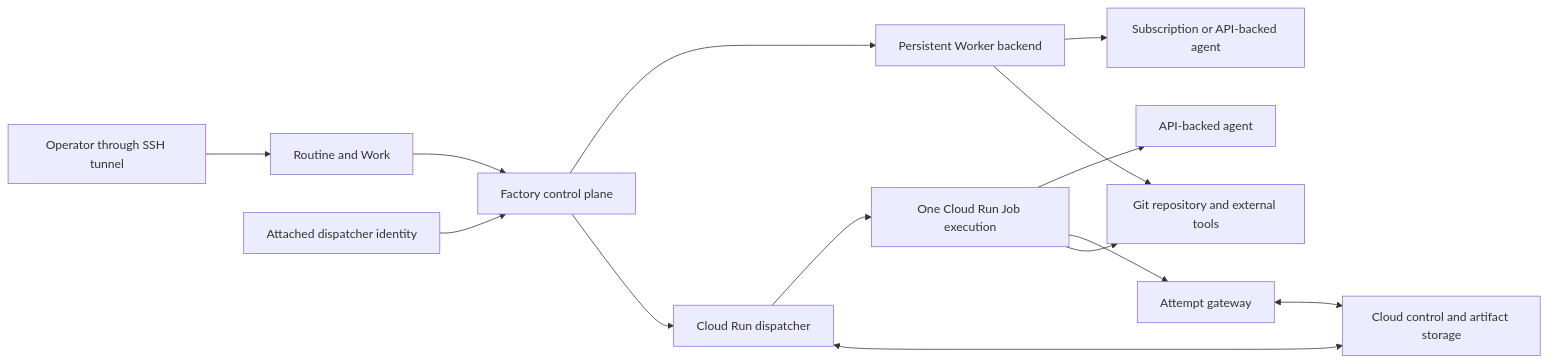
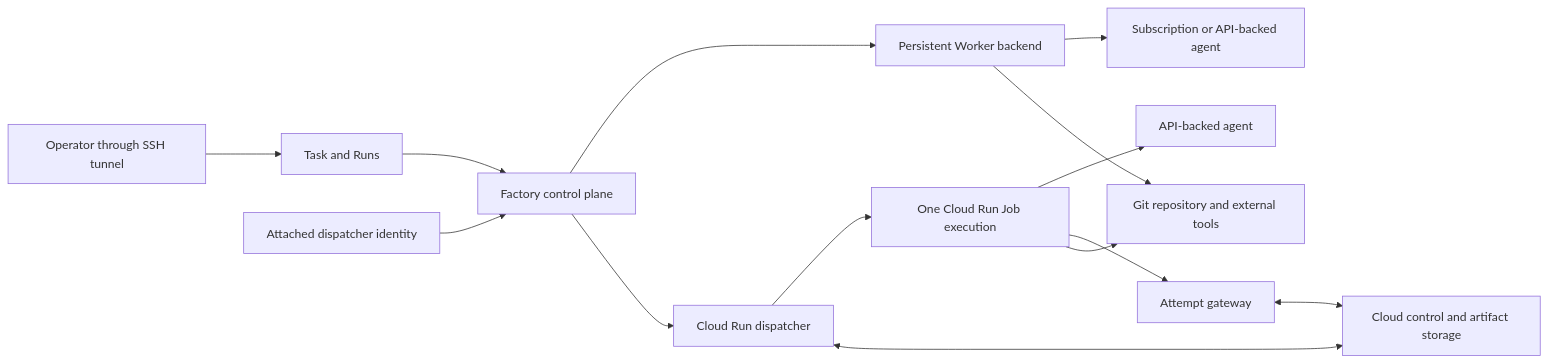
Before and after one commit to owainlewis/factory: the diagram in docs/cloud-run-agents/design.md, drawn with Mermaid. The commit also changed other lines of this file and 61 other files, not shown here.

First line of the commit message:
feat: rename the operator model to Task, Run, and Session

````diff
--- a/docs/cloud-run-agents/design.md
+++ b/docs/cloud-run-agents/design.md
@@ -61,16 +61,16 @@
 ```mermaid
 flowchart LR
-    O["Operator through SSH tunnel"] --> R["Routine and Work"]
+    O["Operator through SSH tunnel"] --> R["Task and Runs"]
     R --> CP["Factory control plane"]
     IAM["Attached dispatcher identity"] --> CP
     CP --> PW["Persistent Worker backend"]
     PW --> PA["Subscription or API-backed agent"]
     CP --> CD["Cloud Run dispatcher"]
     CD --> CR["One Cloud Run Job execution"]
     CR --> CA["API-backed agent"]
     CD <--> CS["Cloud control and artifact storage"]
     CR --> AG["Attempt gateway"]
     AG <--> CS
     PW --> GH["Git repository and external tools"]
     CR --> GH
 ```
````
